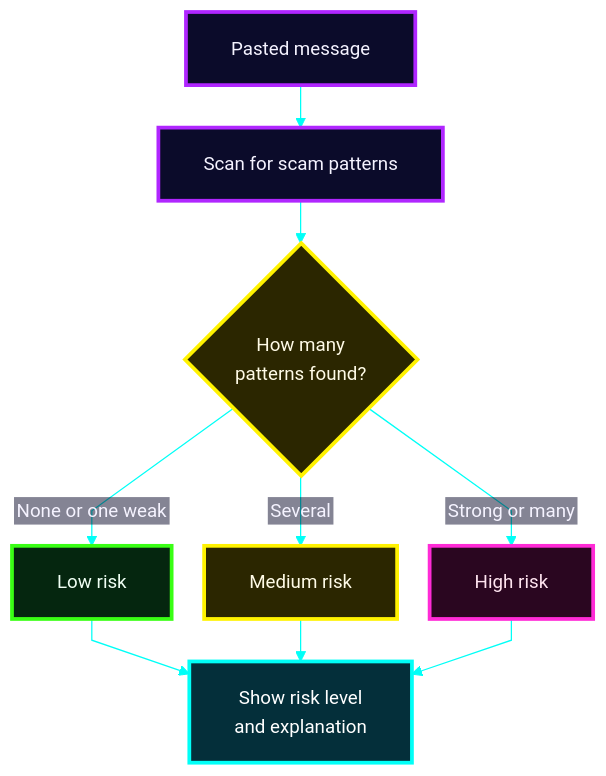
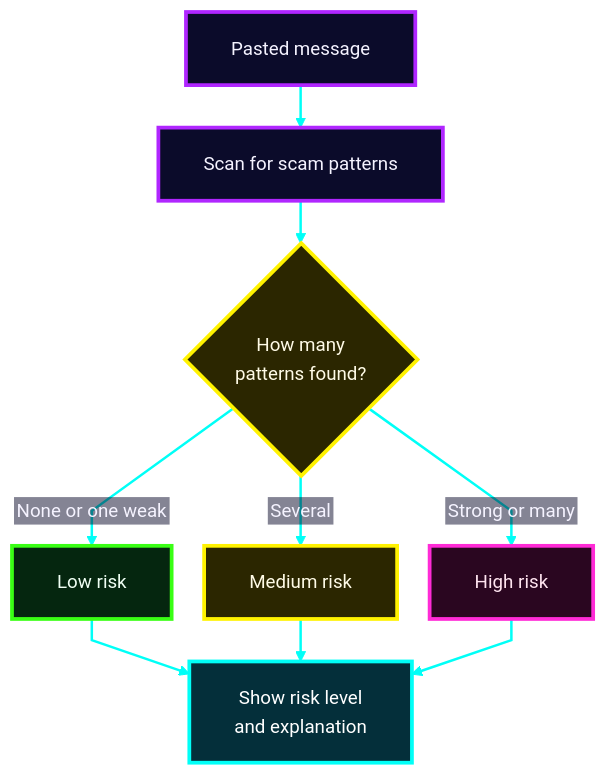
One commit to Mansi232323/MANSHORA changed diagram 14 of 17 in README.md. Above: the diagram before and after it, drawn with Mermaid. The commit also changed other lines of this file, not shown here.

````diff
--- a/README.md
+++ b/README.md
@@ -557,24 +568,25 @@
 ```mermaid
 %%{init: {'theme':'base','themeVariables':{'fontSize':'15px','fontFamily':'Arial, Helvetica, sans-serif','primaryColor':'#0b0b2a','primaryTextColor':'#f5f3ff','primaryBorderColor':'#b026ff','lineColor':'#00fff7','textColor':'#f5f3ff','edgeLabelBackground':'#0b0b2a'},'flowchart':{'htmlLabels':false,'nodeSpacing':26,'rankSpacing':34,'padding':18,'curve':'linear'}}}%%
 flowchart TD
     M["Pasted message"] --> P["Scan for scam patterns"]
     P --> Q{"How many<br/>patterns found?"}
     Q -- "None or one weak" --> L["Low risk"]
     Q -- "Several" --> Md["Medium risk"]
     Q -- "Strong or many" --> H["High risk"]
     L --> X["Show risk level<br/>and explanation"]
     Md --> X
     H --> X
     classDef n fill:#0b0b2a,stroke:#b026ff,stroke-width:3px,color:#f5f3ff
     classDef d fill:#2b2600,stroke:#fff200,stroke-width:3px,color:#fffbe6
     classDef low fill:#05260f,stroke:#39ff14,stroke-width:3px,color:#f0fff4
     classDef mid fill:#2b2600,stroke:#fff200,stroke-width:3px,color:#fffbe6
     classDef high fill:#2a0620,stroke:#ff2bd6,stroke-width:3px,color:#ffe4f0
     classDef out fill:#042f3a,stroke:#00fff7,stroke-width:3px,color:#ffffff
     class M,P n
     class Q d
     class L low
     class Md mid
     class H high
     class X out
+    linkStyle default fill:none,stroke:#00fff7,stroke-width:2px
 ```
````
